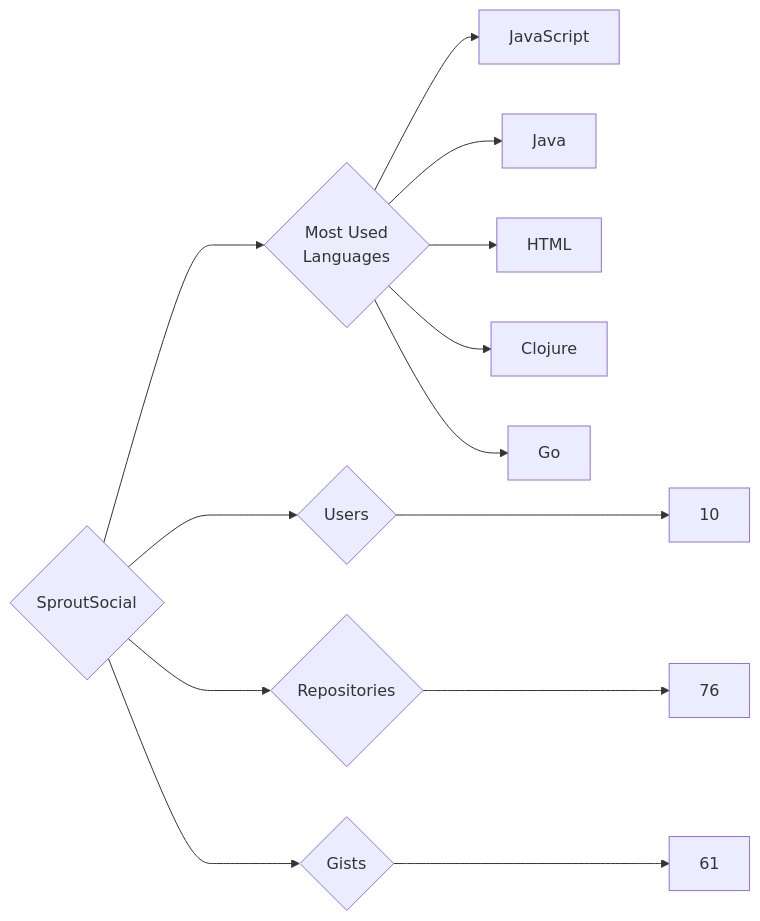
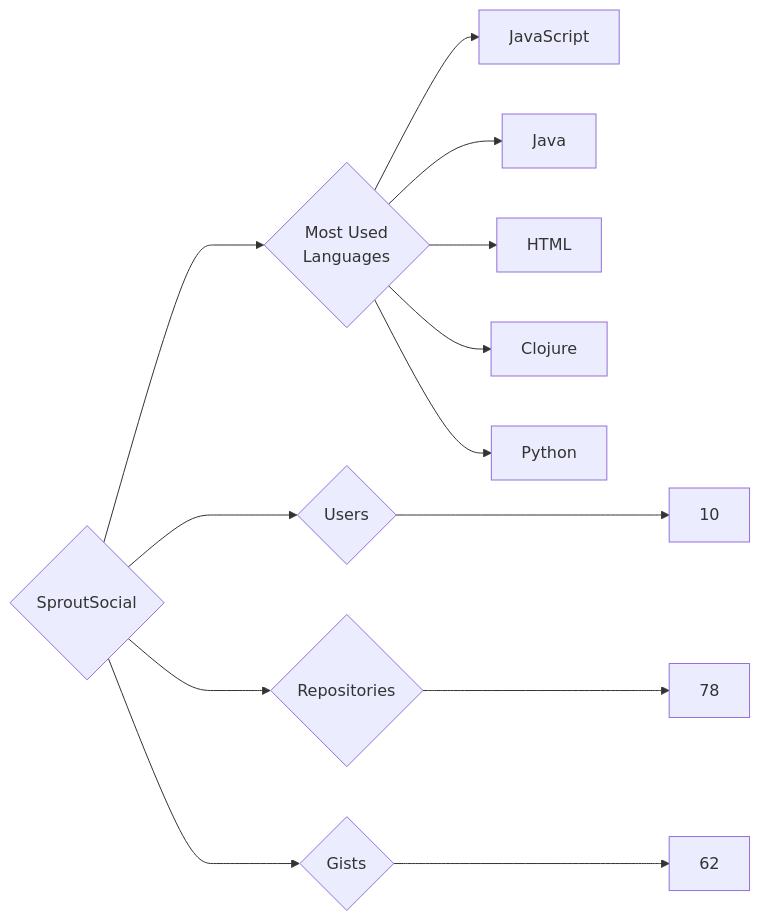
The diagram in targets/SproutSocial/README.md (trickest/insiders), drawn with Mermaid before and after one commit. The commit also changed 1479 other files, not shown here.

````diff
--- a/targets/SproutSocial/README.md
+++ b/targets/SproutSocial/README.md
@@ -3,13 +3,13 @@
 ```mermaid
 graph LR
 COMPANY_NAME{SproutSocial}
 COMPANY_NAME ---> U{Users} ---> UN[10]
-COMPANY_NAME ---> R{Repositories} ---> RN[76]
-COMPANY_NAME ---> G{Gists} ---> GN[61]
+COMPANY_NAME ---> R{Repositories} ---> RN[78]
+COMPANY_NAME ---> G{Gists} ---> GN[62]
 COMPANY_NAME ---> ML{Most Used<br>Languages}
 ML --> JavaScript[JavaScript]
 ML --> Java[Java]
 ML --> HTML[HTML]
 ML --> Clojure[Clojure]
-ML --> Go[Go]
+ML --> Python[Python]
 ```
````
